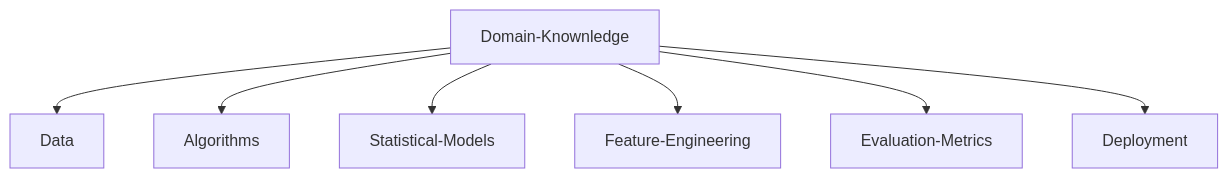
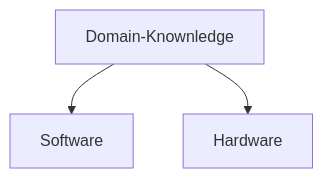
One commit to MoonGrt/MoonGrt changed the diagram in README.md. Above: the diagram before and after it, drawn with Mermaid. The commit also changed other lines of this file and 1 other file, not shown here.

````diff
--- a/README.md
+++ b/README.md
@@ -165,9 +166,5 @@
 ```mermaid
 graph TD;
-    Domain-Knownledge --> Data;
-    Domain-Knownledge --> Algorithms;
-    Domain-Knownledge --> Statistical-Models;
-    Domain-Knownledge --> Feature-Engineering;
-    Domain-Knownledge --> Evaluation-Metrics;
-    Domain-Knownledge --> Deployment;
+    Domain-Knownledge --> Software;
+    Domain-Knownledge --> Hardware;
    ```
````
